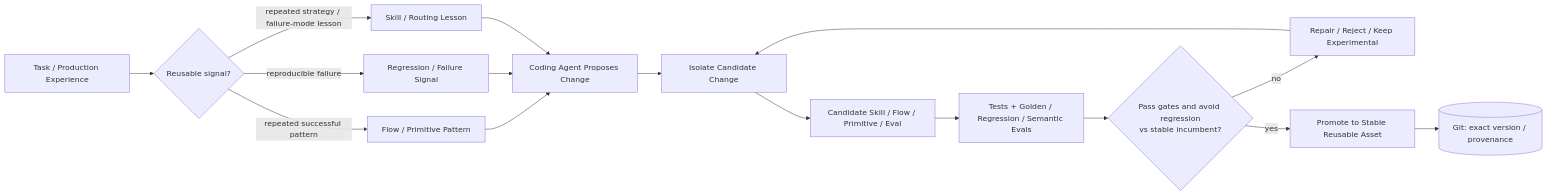
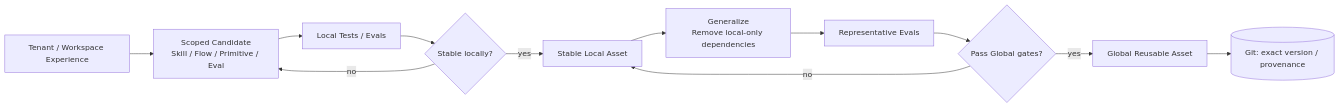
The fourth of 7 diagrams in docs/architecture/README.md (n0namer/skills-for-decision-making), drawn with Mermaid before and after one commit. The commit also changed other lines of this file, not shown here.

Commit message:
Project scoped context model into C4 views

````diff
--- a/docs/architecture/README.md
+++ b/docs/architecture/README.md
@@ -116,22 +146,15 @@
 ```mermaid
 flowchart LR
-    EXPERIENCE["Task / Production Experience"] --> KIND{"Reusable signal?"}
+    EXPERIENCE["Tenant / Workspace Experience"] --> LOCAL["Scoped Candidate\nSkill / Flow / Primitive / Eval"]
+    LOCAL --> TEST["Local Tests / Evals"]
+    TEST --> LOCALOK{"Stable locally?"}
+    LOCALOK -->|"no"| LOCAL
+    LOCALOK -->|"yes"| LSTABLE["Stable Local Asset"]
 
-    KIND -->|"repeated successful pattern"| PATTERN["Flow / Primitive Pattern"]
-    KIND -->|"reproducible failure"| FAILURE["Regression / Failure Signal"]
-    KIND -->|"repeated strategy / failure-mode lesson"| LESSON["Skill / Routing Lesson"]
-
-    PATTERN --> AGENT["Coding Agent Proposes Change"]
-    FAILURE --> AGENT
-    LESSON --> AGENT
-
-    AGENT --> ISOLATE["Isolate Candidate Change"]
-    ISOLATE --> CAND["Candidate Skill / Flow / Primitive / Eval"]
-    CAND --> TEST["Tests + Golden / Regression / Semantic Evals"]
-
-    TEST --> INC{"Pass gates and avoid regression\nvs stable incumbent?"}
-    INC -->|"no"| REPAIR["Repair / Reject / Keep Experimental"]
-    REPAIR --> ISOLATE
-    INC -->|"yes"| STABLE["Promote to Stable Reusable Asset"]
-    STABLE --> GIT[("Git: exact version / provenance")]
+    LSTABLE --> GENERAL["Generalize\nRemove local-only dependencies"]
+    GENERAL --> GEVAL["Representative Evals"]
+    GEVAL --> GLOBALOK{"Pass Global gates?"}
+    GLOBALOK -->|"no"| LSTABLE
+    GLOBALOK -->|"yes"| GSTABLE["Global Reusable Asset"]
+    GSTABLE --> GIT[("Git: exact version / provenance")]
 ```
````
